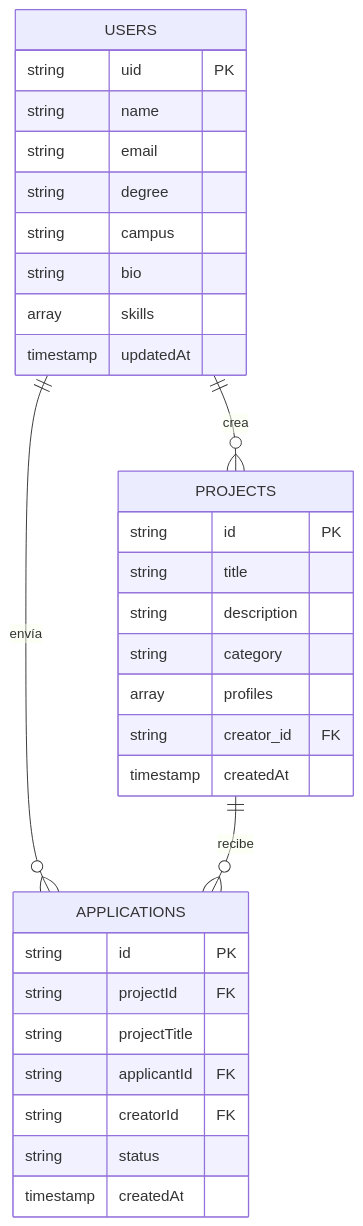
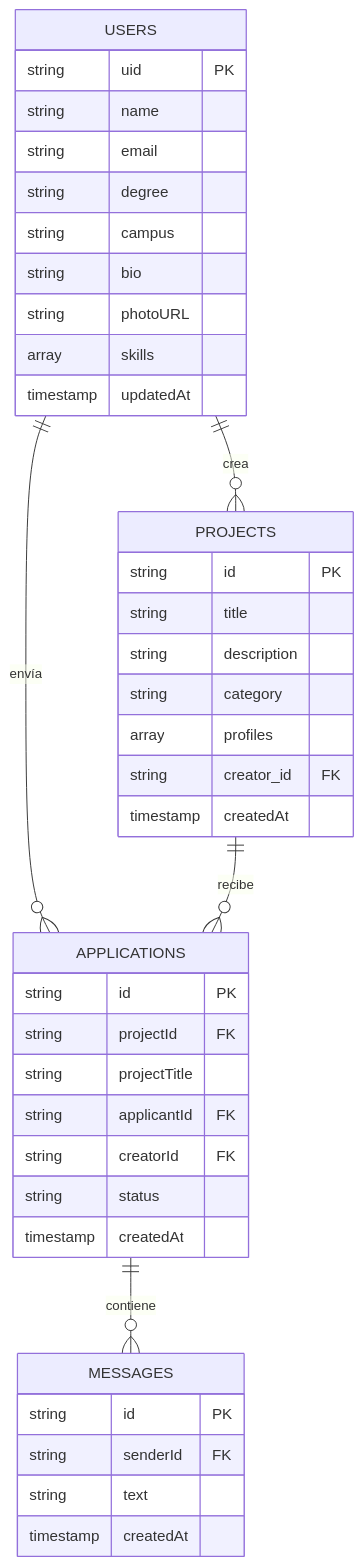
The diagram in README.md (markusx5622/CoFound-UE), drawn with Mermaid before and after one commit. The commit also changed other lines of this file, not shown here.

Commit message:
docs: corregir estado de CoFound UE, documentar mensajeria y anadir roadmap

````diff
--- a/README.md
+++ b/README.md
@@ -167,37 +177,46 @@
 ```mermaid
 erDiagram
     USERS ||--o{ PROJECTS : "crea"
     USERS ||--o{ APPLICATIONS : "envía"
     PROJECTS ||--o{ APPLICATIONS : "recibe"
+    APPLICATIONS ||--o{ MESSAGES : "contiene"
 
     USERS {
         string uid PK
         string name
         string email
         string degree
         string campus
         string bio
+        string photoURL
         array skills
         timestamp updatedAt
     }
 
     PROJECTS {
         string id PK
         string title
         string description
         string category
         array profiles
         string creator_id FK
         timestamp createdAt
     }
 
     APPLICATIONS {
         string id PK
         string projectId FK
         string projectTitle
         string applicantId FK
         string creatorId FK
         string status
         timestamp createdAt
     }
+
+    MESSAGES {
+        string id PK
+        string senderId FK
+        string text
+        timestamp createdAt
+    }
 ```
````
